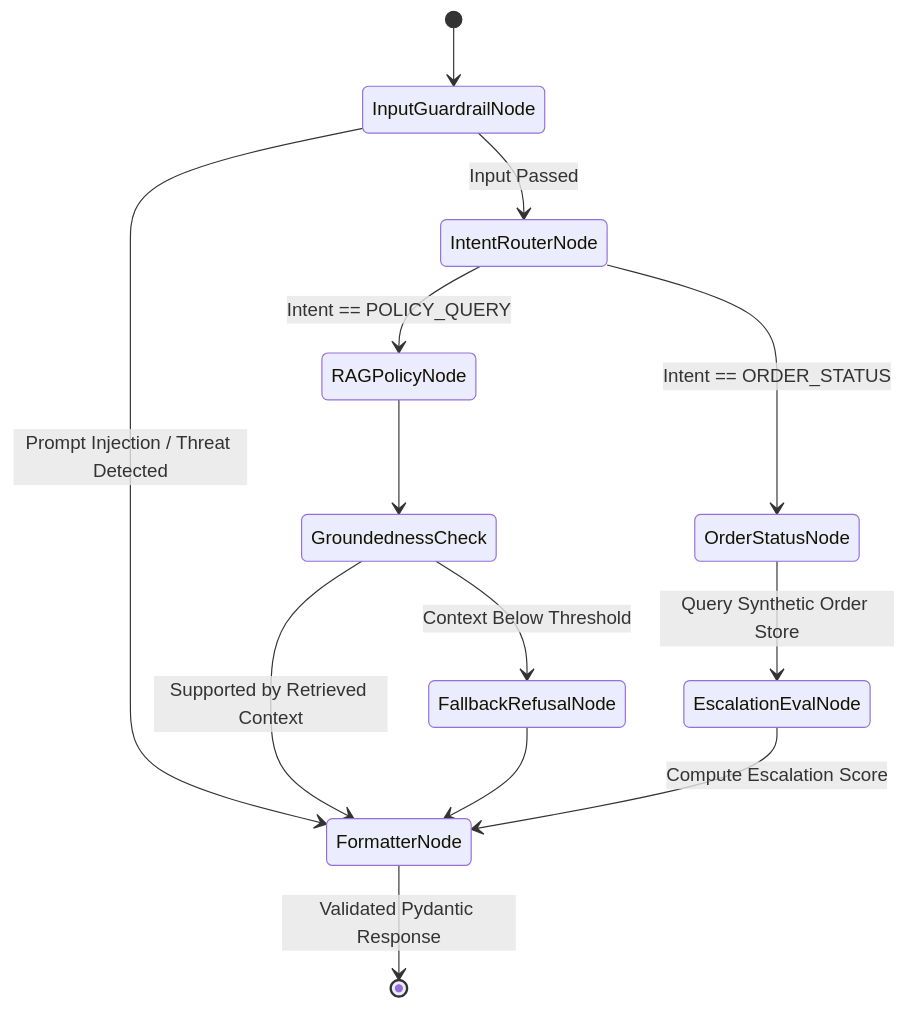
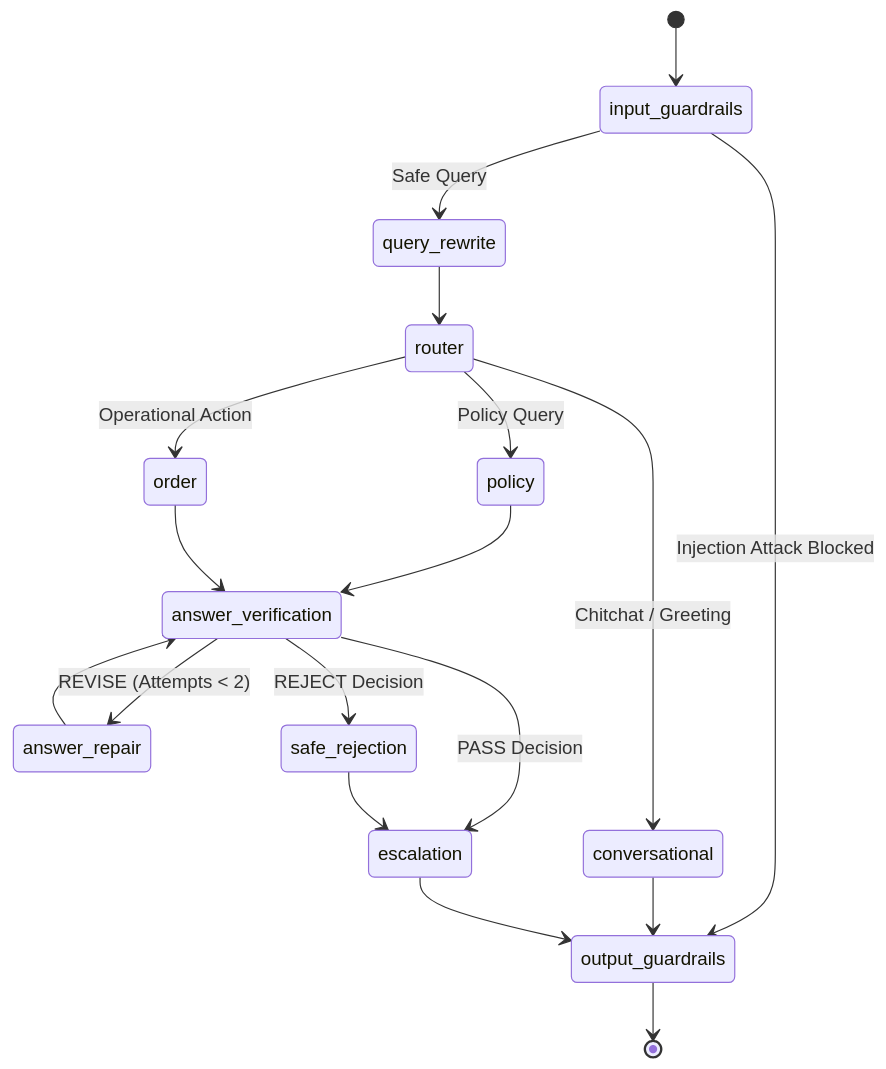
Before and after one commit to Garima09-work/E-commerce: the third of 4 diagrams in README.md, drawn with Mermaid. The commit also changed other lines of this file, not shown here.

````diff
--- a/README.md
+++ b/README.md
@@ -223,20 +353,25 @@
 ```mermaid
 stateDiagram-v2
-    [*] --> InputGuardrailNode
-    
-    InputGuardrailNode --> IntentRouterNode: Input Passed
-    InputGuardrailNode --> FormatterNode: Prompt Injection / Threat Detected
-    
-    IntentRouterNode --> RAGPolicyNode: Intent == POLICY_QUERY
-    IntentRouterNode --> OrderStatusNode: Intent == ORDER_STATUS
-    
-    RAGPolicyNode --> GroundednessCheck
-    GroundednessCheck --> FormatterNode: Supported by Retrieved Context
-    GroundednessCheck --> FallbackRefusalNode: Context Below Threshold
-    FallbackRefusalNode --> FormatterNode
-    
-    OrderStatusNode --> EscalationEvalNode: Query Synthetic Order Store
-    EscalationEvalNode --> FormatterNode: Compute Escalation Score
-    
-    FormatterNode --> [*]: Validated Pydantic Response
+    [*] --> input_guardrails
+    input_guardrails --> query_rewrite: Safe Query
+    input_guardrails --> output_guardrails: Injection Attack Blocked
+
+    query_rewrite --> router
+    router --> conversational: Chitchat / Greeting
+    router --> policy: Policy Query
+    router --> order: Operational Action
+
+    conversational --> output_guardrails
+
+    policy --> answer_verification
+    order --> answer_verification
+
+    answer_verification --> escalation: PASS Decision
+    answer_verification --> answer_repair: REVISE (Attempts < 2)
+    answer_repair --> answer_verification
+    answer_verification --> safe_rejection: REJECT Decision
+    safe_rejection --> escalation
+
+    escalation --> output_guardrails
+    output_guardrails --> [*]
 ```
````
